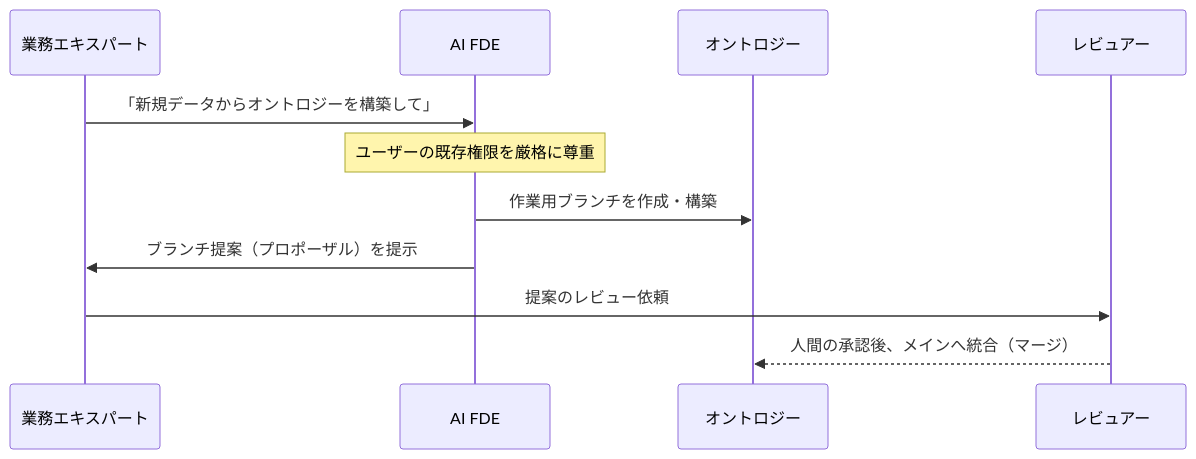
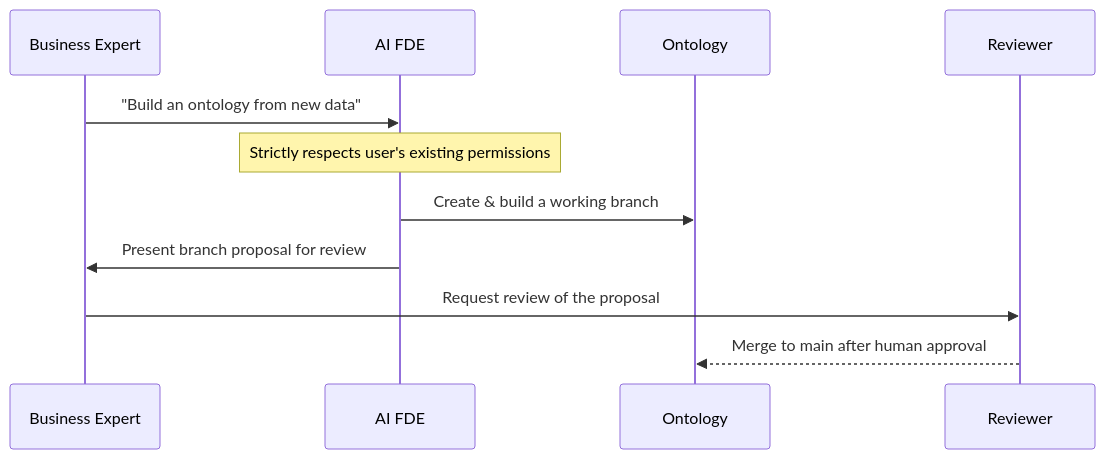
Before and after one commit to jonnydubowsky/palantir-ontology-strategy: the third of 9 diagrams in docs/the-palantir-impact_jp.md, drawn with Mermaid. The commit also changed other lines of this file and 2 other files, not shown here.

````diff
--- a/docs/the-palantir-impact_jp.md
+++ b/docs/the-palantir-impact_jp.md
@@ -107,14 +107,14 @@
 ```mermaid
 sequenceDiagram
-    participant User as 業務エキスパート
+    participant User as Business Expert
     participant AIFDE as AI FDE
-    participant Ontology as オントロジー
-    participant Admin as レビュアー
+    participant Ontology as Ontology
+    participant Admin as Reviewer
     
-    User->>AIFDE: 「新規データからオントロジーを構築して」
-    Note over AIFDE: ユーザーの既存権限を厳格に尊重
-    AIFDE->>Ontology: 作業用ブランチを作成・構築
-    AIFDE->>User: ブランチ提案（プロポーザル）を提示
-    User->>Admin: 提案のレビュー依頼
-    Admin-->>Ontology: 人間の承認後、メインへ統合（マージ）
+    User->>AIFDE: "Build an ontology from new data"
+    Note over AIFDE: Strictly respects user's existing permissions
+    AIFDE->>Ontology: Create & build a working branch
+    AIFDE->>User: Present branch proposal for review
+    User->>Admin: Request review of the proposal
+    Admin-->>Ontology: Merge to main after human approval
 ```
````
